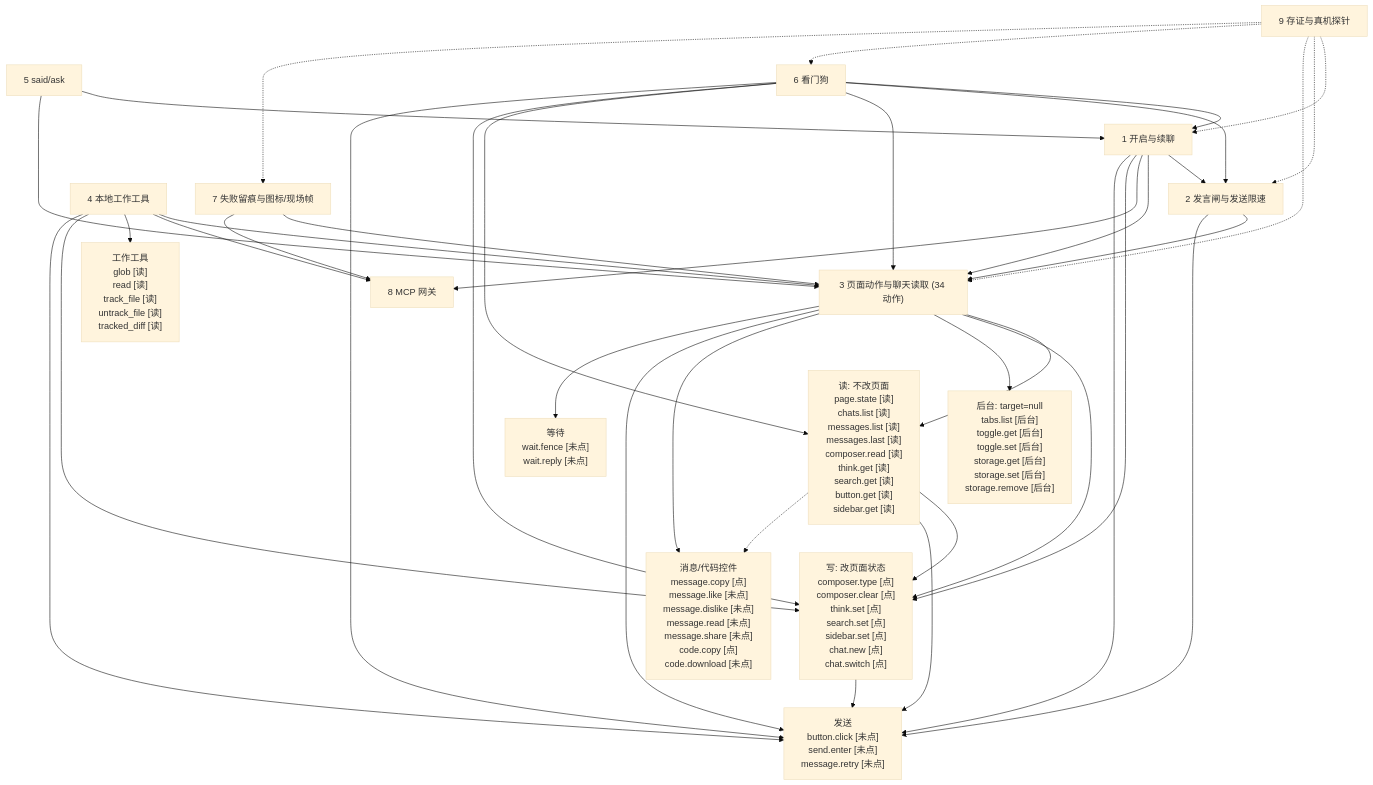
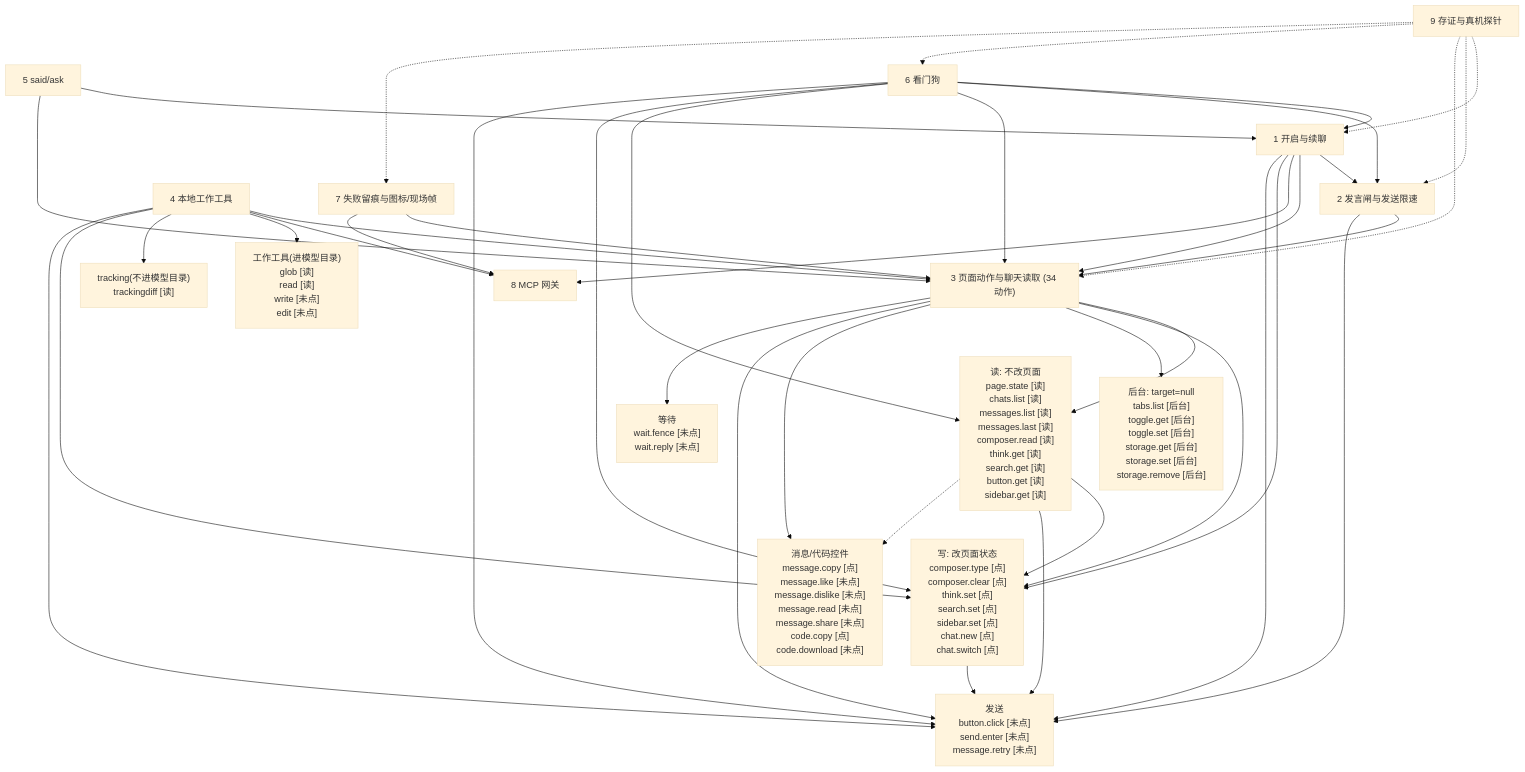
The diagram in docs/map/map.md (asnoted/ds-), drawn with Mermaid (base theme) before and after one commit. The commit also changed 10 other files, not shown here.

````diff
--- a/docs/map/map.md
+++ b/docs/map/map.md
@@ -3,57 +3,59 @@
 ```mermaid
 flowchart TB
   D1["1 开启与续聊"]
   D2["2 发言闸与发送限速"]
   D3["3 页面动作与聊天读取 (34 动作)"]
   D4["4 本地工作工具"]
   D5["5 said/ask"]
   D6["6 看门狗"]
   D7["7 失败留痕与图标/现场帧"]
   D8["8 MCP 网关"]
   D9["9 存证与真机探针"]
   A_READ["读: 不改页面<br/>page.state [读]<br/>chats.list [读]<br/>messages.list [读]<br/>messages.last [读]<br/>composer.read [读]<br/>think.get [读]<br/>search.get [读]<br/>button.get [读]<br/>sidebar.get [读]"]
   A_WRITE["写: 改页面状态<br/>composer.type [点]<br/>composer.clear [点]<br/>think.set [点]<br/>search.set [点]<br/>sidebar.set [点]<br/>chat.new [点]<br/>chat.switch [点]"]
   A_BG["后台: target=null<br/>tabs.list [后台]<br/>toggle.get [后台]<br/>toggle.set [后台]<br/>storage.get [后台]<br/>storage.set [后台]<br/>storage.remove [后台]"]
   A_MSG["消息/代码控件<br/>message.copy [点]<br/>message.like [未点]<br/>message.dislike [未点]<br/>message.read [未点]<br/>message.share [未点]<br/>code.copy [点]<br/>code.download [未点]"]
   A_SEND["发送<br/>button.click [未点]<br/>send.enter [未点]<br/>message.retry [未点]"]
   A_WAIT["等待<br/>wait.fence [未点]<br/>wait.reply [未点]"]
-  D4_G_WORK["工作工具<br/>glob [读]<br/>read [读]<br/>track_file [读]<br/>untrack_file [读]<br/>tracked_diff [读]"]
+  D4_G_WORK["工作工具(进模型目录)<br/>glob [读]<br/>read [读]<br/>write [未点]<br/>edit [未点]"]
+  D4_G_TRACK["tracking(不进模型目录)<br/>trackingdiff [读]"]
 
   D2 --> D3
   D1 --> D2
   D1 --> D3
   D1 --> D8
   D4 --> D3
   D4 --> D8
   D5 --> D1
   D5 --> D3
   D6 --> D1
   D6 --> D2
   D6 --> D3
   D7 --> D3
   D7 --> D8
   D9 -.-> D1
   D9 -.-> D2
   D9 -.-> D3
   D9 -.-> D6
   D9 -.-> D7
   D3 --> A_READ
   D3 --> A_WRITE
   D3 --> A_BG
   D3 --> A_MSG
   D3 --> A_SEND
   D3 --> A_WAIT
   D4 --> D4_G_WORK
+  D4 --> D4_G_TRACK
   D1 --> A_WRITE
   D1 --> A_SEND
   D4 --> A_WRITE
   D4 --> A_SEND
   D6 --> A_READ
   D6 --> A_WRITE
   D6 --> A_SEND
   D2 --> A_SEND
   A_READ --> A_WRITE
   A_READ --> A_SEND
   A_READ -.-> A_MSG
   A_WRITE --> A_SEND
 ```
````
